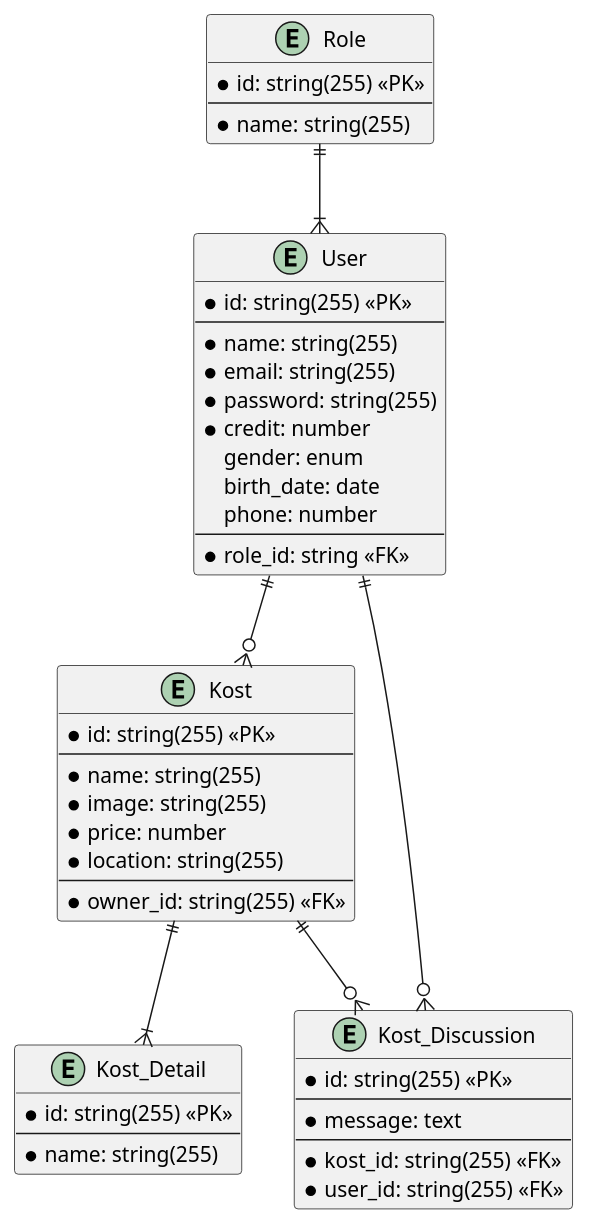
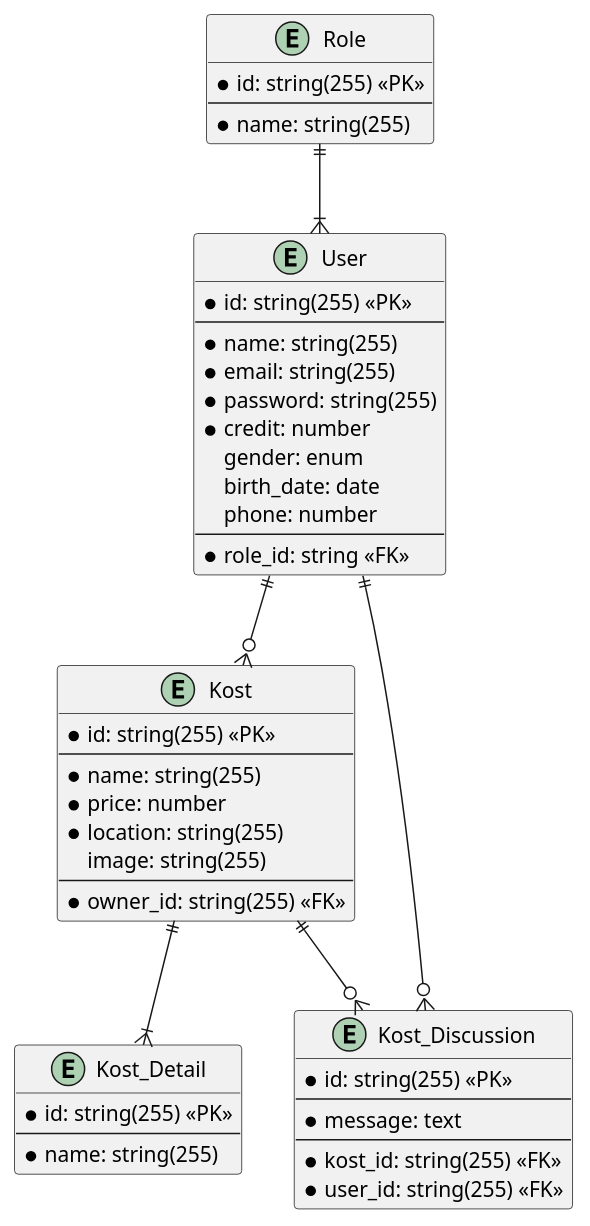
Before and after one commit to OxiCuza/laravel-test: the diagram in documentation/design-databse.puml, drawn with PlantUML. The commit also changed 1 other file, not shown here.

```diff
--- a/documentation/design-databse.puml
+++ b/documentation/design-databse.puml
@@ -1,55 +1,55 @@
 @startuml
 
 entity Role {
     * id: string(255) <<PK>>
     ---
     * name: string(255)
 }
 
 entity User {
     * id: string(255) <<PK>>
     ---
     * name: string(255)
     * email: string(255)
     * password: string(255)
     * credit: number
     gender: enum
     birth_date: date
     phone: number
     ---
     * role_id: string <<FK>>
 }
 
 entity Kost {
     * id: string(255) <<PK>>
     ---
     * name: string(255)
-    * image: string(255)
     * price: number
     * location: string(255)
+    image: string(255)
     ---
     * owner_id: string(255) <<FK>>
 }
 
 entity Kost_Detail {
     * id: string(255) <<PK>>
     ---
     * name: string(255)
 }
 
 entity Kost_Discussion {
     * id: string(255) <<PK>>
     ---
     * message: text
     ---
     * kost_id: string(255) <<FK>>
     * user_id: string(255) <<FK>>
 }
 
 Role ||--|{ User
 User ||--o{ Kost
 Kost ||--|{ Kost_Detail
 Kost ||--o{ Kost_Discussion
 User ||--o{ Kost_Discussion
 
 @enduml
```
